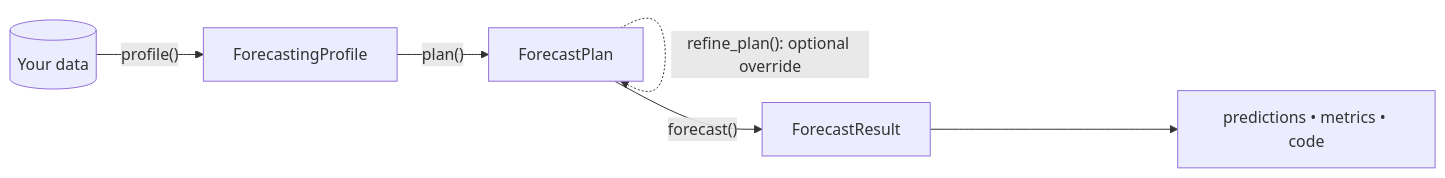
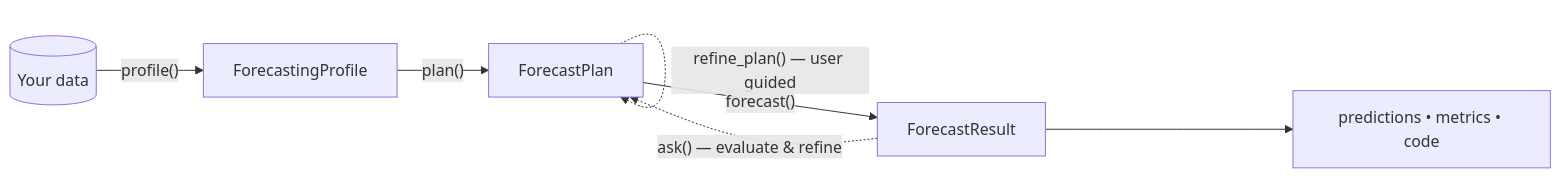
Before and after one commit to skforecast/skforecast-ai: the diagram in docs/user_guides/the-forecasting-workflow.md, drawn with Mermaid. The commit also changed 10 other files, not shown here.

````diff
--- a/docs/user_guides/the-forecasting-workflow.md
+++ b/docs/user_guides/the-forecasting-workflow.md
@@ -7,8 +7,9 @@
 ```mermaid
 flowchart LR
     A[(Your data)] -->|"profile()"| B[ForecastingProfile]
     B -->|"plan()"| C[ForecastPlan]
-    C -.->|"refine_plan(): optional override"| C
+    C -.->|"refine_plan() — user guided"| C
     C -->|"forecast()"| D[ForecastResult]
+    D -.->|"ask() — evaluate & refine"| C
     D --> E[predictions • metrics • code]
 ```
````
